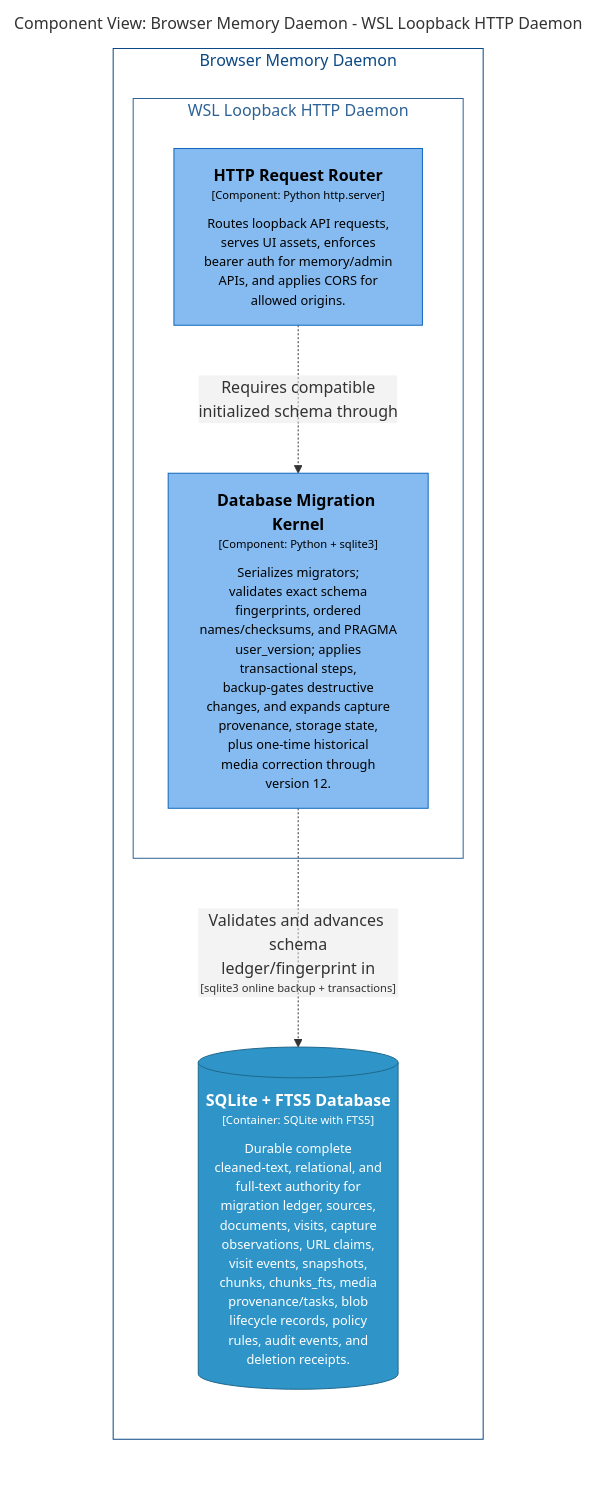
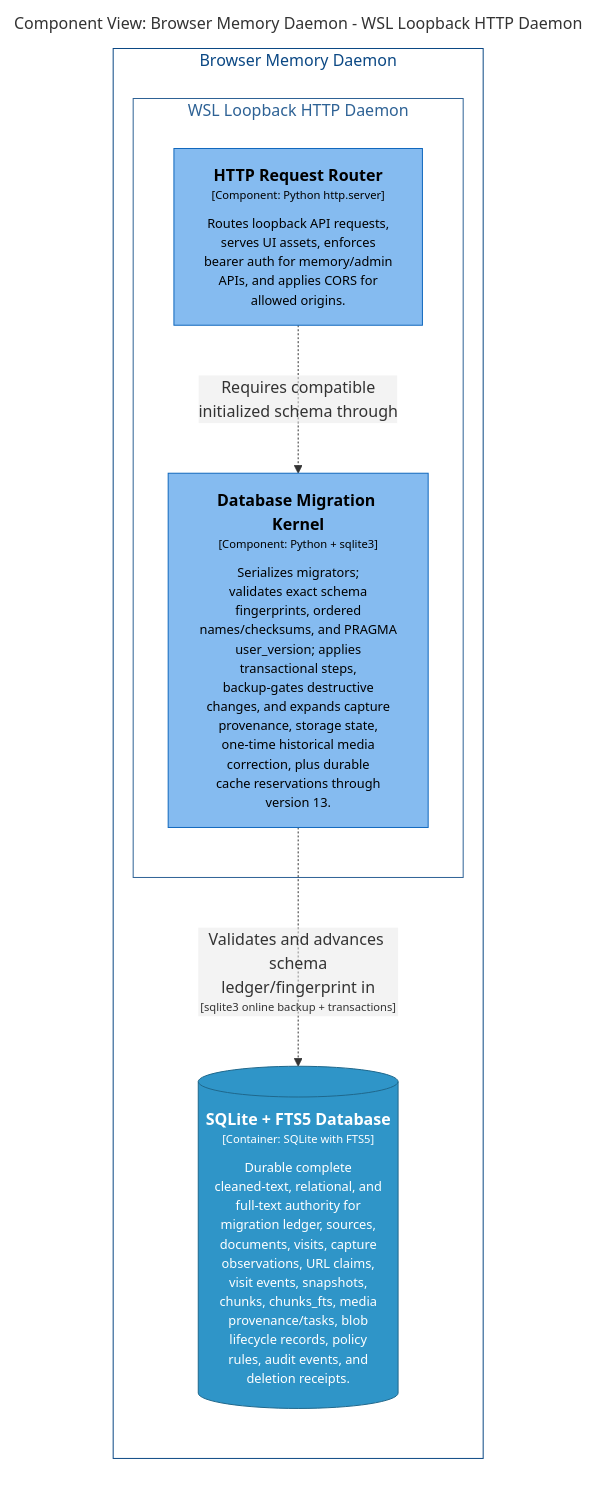
Before and after one commit to michaelnicks0/browser-memory-daemon: the diagram in docs/architecture/diagrams/markdown/DaemonMigrationComponents.md, drawn with Mermaid. The commit also changed 197 other files, not shown here.

````diff
--- a/docs/architecture/diagrams/markdown/DaemonMigrationComponents.md
+++ b/docs/architecture/diagrams/markdown/DaemonMigrationComponents.md
@@ -16,28 +16,28 @@
 ```mermaid
 graph LR
   linkStyle default fill:#ffffff
 
   subgraph diagram ["Component View: Browser Memory Daemon - WSL Loopback HTTP Daemon"]
     style diagram fill:#ffffff,stroke:#ffffff
 
     subgraph 4 ["Browser Memory Daemon"]
       style 4 fill:#ffffff,stroke:#0b4884,color:#0b4884
 
       subgraph 14 ["WSL Loopback HTTP Daemon"]
         style 14 fill:#ffffff,stroke:#2e6295,color:#2e6295
 
         15["<div style='font-weight: bold'>HTTP Request Router</div><div style='font-size: 70%; margin-top: 0px'>[Component: Python http.server]</div><div style='font-size: 80%; margin-top:10px'>Routes loopback API requests,<br />serves UI assets, enforces<br />bearer auth for memory/admin<br />APIs, and applies CORS for<br />allowed origins.</div>"]
         style 15 fill:#85bbf0,stroke:#1168bd,color:#000000
-        16["<div style='font-weight: bold'>Database Migration Kernel</div><div style='font-size: 70%; margin-top: 0px'>[Component: Python + sqlite3]</div><div style='font-size: 80%; margin-top:10px'>Serializes migrators;<br />validates exact schema<br />fingerprints, ordered<br />names/checksums, and PRAGMA<br />user_version; applies<br />transactional steps,<br />backup-gates destructive<br />changes, and expands capture<br />provenance, storage state,<br />plus one-time historical<br />media correction through<br />version 12.</div>"]
+        16["<div style='font-weight: bold'>Database Migration Kernel</div><div style='font-size: 70%; margin-top: 0px'>[Component: Python + sqlite3]</div><div style='font-size: 80%; margin-top:10px'>Serializes migrators;<br />validates exact schema<br />fingerprints, ordered<br />names/checksums, and PRAGMA<br />user_version; applies<br />transactional steps,<br />backup-gates destructive<br />changes, and expands capture<br />provenance, storage state,<br />one-time historical media<br />correction, plus durable<br />cache reservations through<br />version 13.</div>"]
         style 16 fill:#85bbf0,stroke:#1168bd,color:#000000
       end
 
-      37[("<div style='font-weight: bold'>SQLite + FTS5 Database</div><div style='font-size: 70%; margin-top: 0px'>[Container: SQLite with FTS5]</div><div style='font-size: 80%; margin-top:10px'>Durable complete<br />cleaned-text, relational, and<br />full-text authority for<br />migration ledger, sources,<br />documents, visits, capture<br />observations, URL claims,<br />visit events, snapshots,<br />chunks, chunks_fts, media<br />provenance/tasks, blob<br />lifecycle records, policy<br />rules, audit events, and<br />deletion receipts.</div>")]
-      style 37 fill:#2f95c8,stroke:#20688c,color:#ffffff
+      38[("<div style='font-weight: bold'>SQLite + FTS5 Database</div><div style='font-size: 70%; margin-top: 0px'>[Container: SQLite with FTS5]</div><div style='font-size: 80%; margin-top:10px'>Durable complete<br />cleaned-text, relational, and<br />full-text authority for<br />migration ledger, sources,<br />documents, visits, capture<br />observations, URL claims,<br />visit events, snapshots,<br />chunks, chunks_fts, media<br />provenance/tasks, blob<br />lifecycle records, policy<br />rules, audit events, and<br />deletion receipts.</div>")]
+      style 38 fill:#2f95c8,stroke:#20688c,color:#ffffff
     end
 
-    16-. "<div>Validates and advances schema<br />ledger/fingerprint in</div><div style='font-size: 70%'>[sqlite3 online backup + transactions]</div>" .->37
+    16-. "<div>Validates and advances schema<br />ledger/fingerprint in</div><div style='font-size: 70%'>[sqlite3 online backup + transactions]</div>" .->38
     15-. "<div>Requires compatible<br />initialized schema through</div><div style='font-size: 70%'></div>" .->16
 
   end
 ```
````
